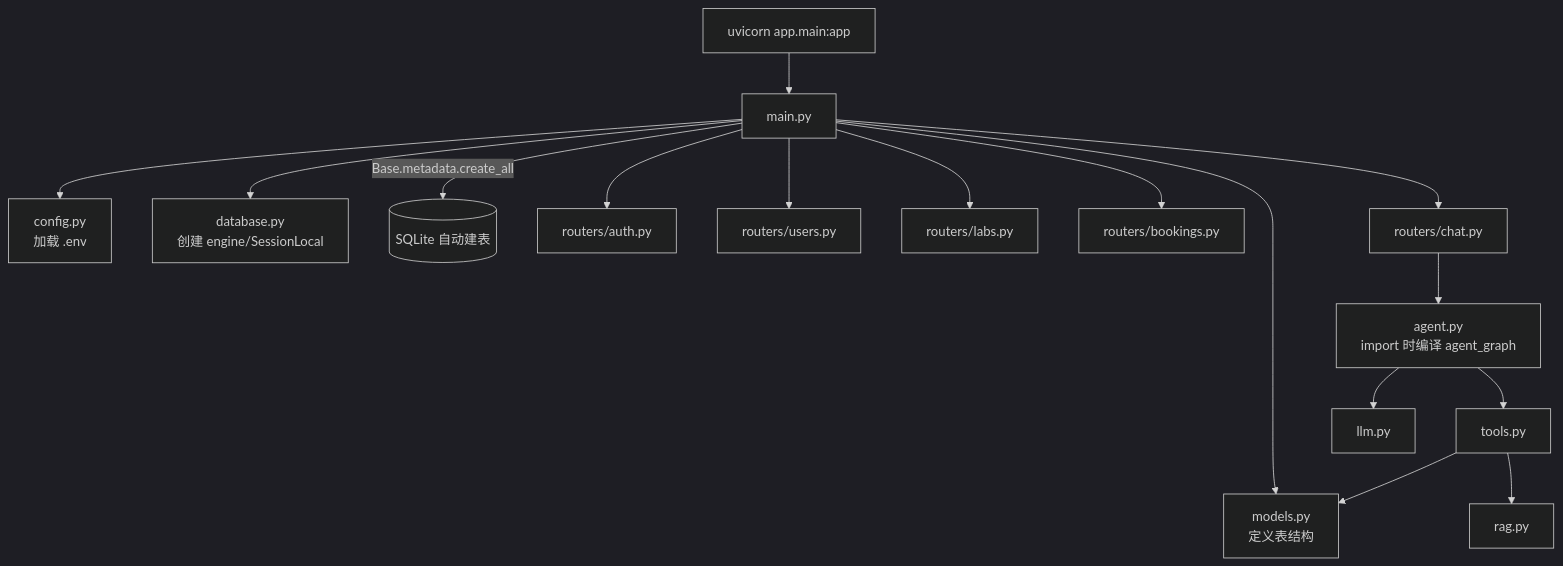
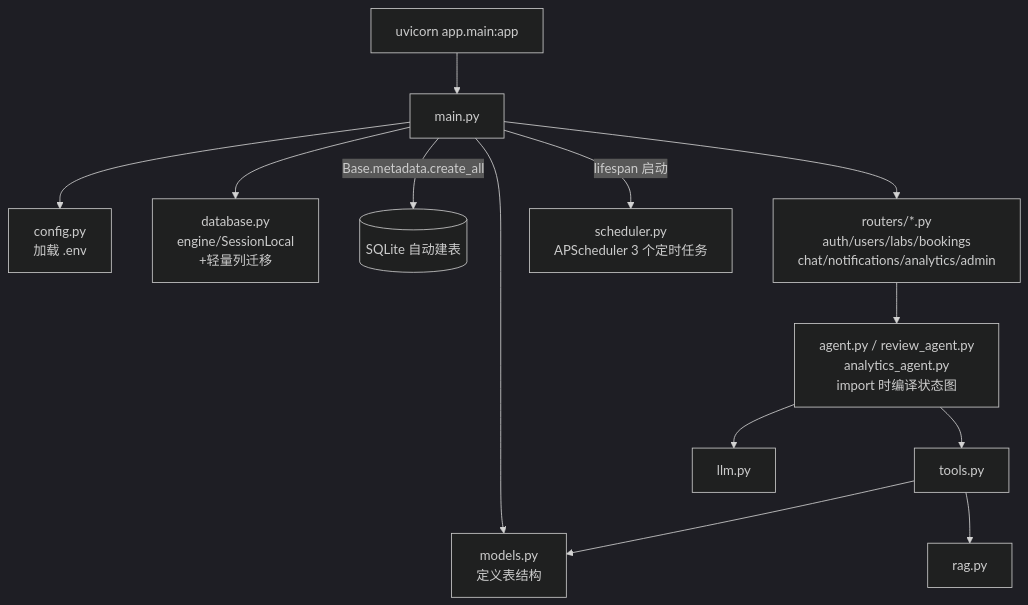
One commit to BOFdcb/Intelligent-Laboratory-Reservation-System changed the second of 5 diagrams in README.md. Above: the diagram before and after it, drawn with Mermaid (dark theme). The commit also changed other lines of this file and 31 other files, not shown here.

````diff
--- a/README.md
+++ b/README.md
@@ -134,18 +195,15 @@
 ```mermaid
 flowchart TD
     RUN["uvicorn app.main:app"] --> MAIN["main.py"]
     MAIN --> CFG["config.py<br/>加载 .env"]
-    MAIN --> DB1["database.py<br/>创建 engine/SessionLocal"]
+    MAIN --> DB1["database.py<br/>engine/SessionLocal<br/>+轻量列迁移"]
     MAIN --> MOD["models.py<br/>定义表结构"]
     MAIN -->|"Base.metadata.create_all"| SQLITE[("SQLite 自动建表")]
-    MAIN --> R1["routers/auth.py"]
-    MAIN --> R2["routers/users.py"]
-    MAIN --> R3["routers/labs.py"]
-    MAIN --> R4["routers/bookings.py"]
-    MAIN --> R5["routers/chat.py"]
-    R5 --> AGENT["agent.py<br/>import 时编译 agent_graph"]
+    MAIN --> R1["routers/*.py<br/>auth/users/labs/bookings<br/>chat/notifications/analytics/admin"]
+    MAIN -->|"lifespan 启动"| SCH["scheduler.py<br/>APScheduler 3 个定时任务"]
+    R1 --> AGENT["agent.py / review_agent.py<br/>analytics_agent.py<br/>import 时编译状态图"]
     AGENT --> TOOLS["tools.py"]
     AGENT --> LLM1["llm.py"]
     TOOLS --> RAG["rag.py"]
     TOOLS --> MOD
 ```
````
